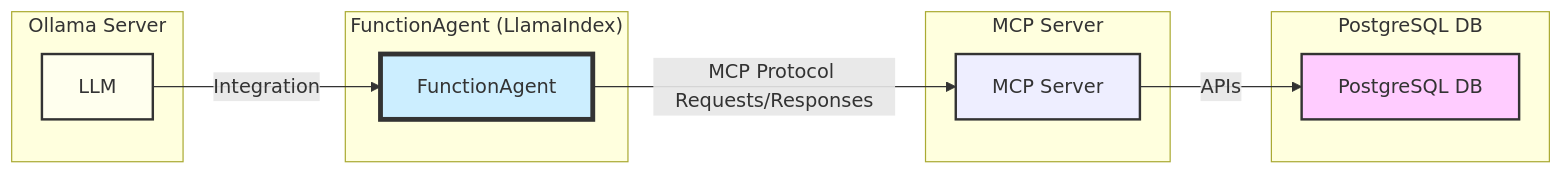
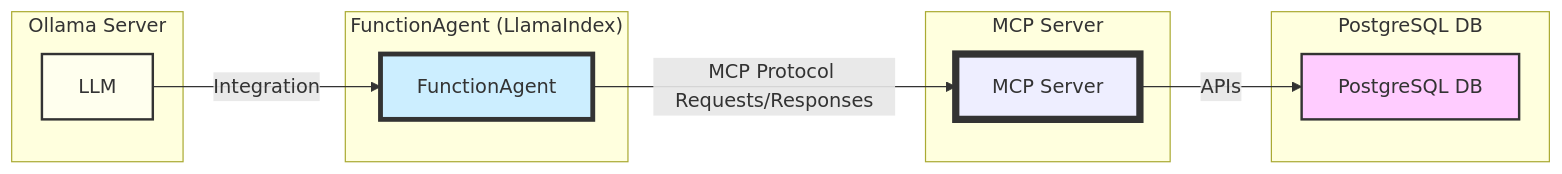
One commit to 00VALAK00/MCP-LLamaIndex-CRUD-Agent changed the diagram in README.md. Above: the diagram before and after it, drawn with Mermaid.

````diff
--- a/README.md
+++ b/README.md
@@ -15,25 +15,25 @@
 ```mermaid
 flowchart LR
     subgraph UserAgent["FunctionAgent (LlamaIndex)"]
         A[FunctionAgent]
     end
     subgraph MCP["MCP Server"]
         B[MCP Server]
     end
     subgraph Ollama["Ollama Server"]
         C[LLM]
     end
     subgraph DB["PostgreSQL DB"]
         D[PostgreSQL DB]
     end
 
     A -- "MCP Protocol Requests/Responses" --> B
     C -- "Integration" --> A
     B -- "APIs" --> D
   
 
     style A fill:#cef,stroke:#333,stroke-width:4px
-    style B fill:#eef,stroke:#333,stroke-width:2px
+    style B fill:#eef,stroke:#333,stroke-width:6px
     style C fill:#ffe,stroke:#333,stroke-width:2px
     style D fill:#fcf,stroke:#333,stroke-width:2px
 ```
````
